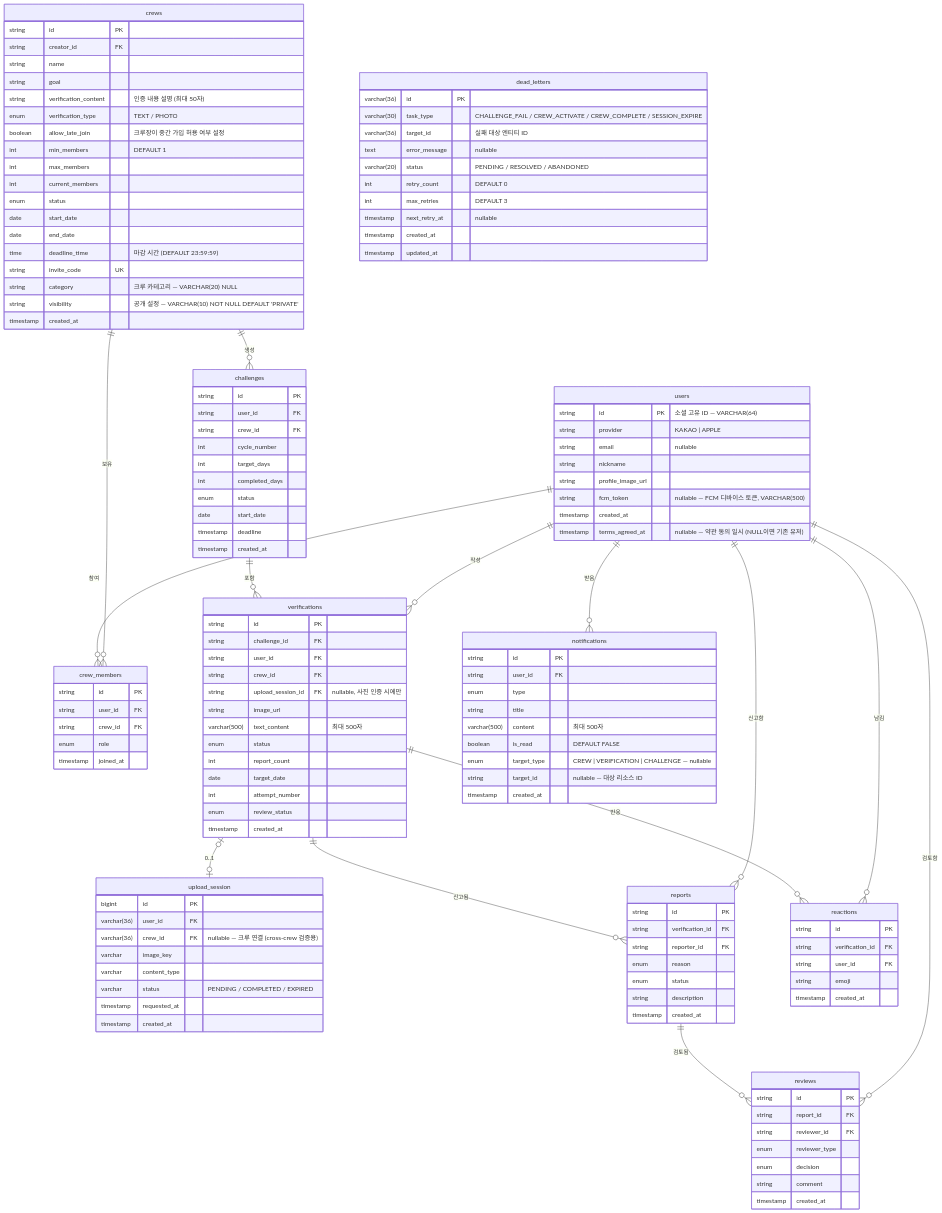
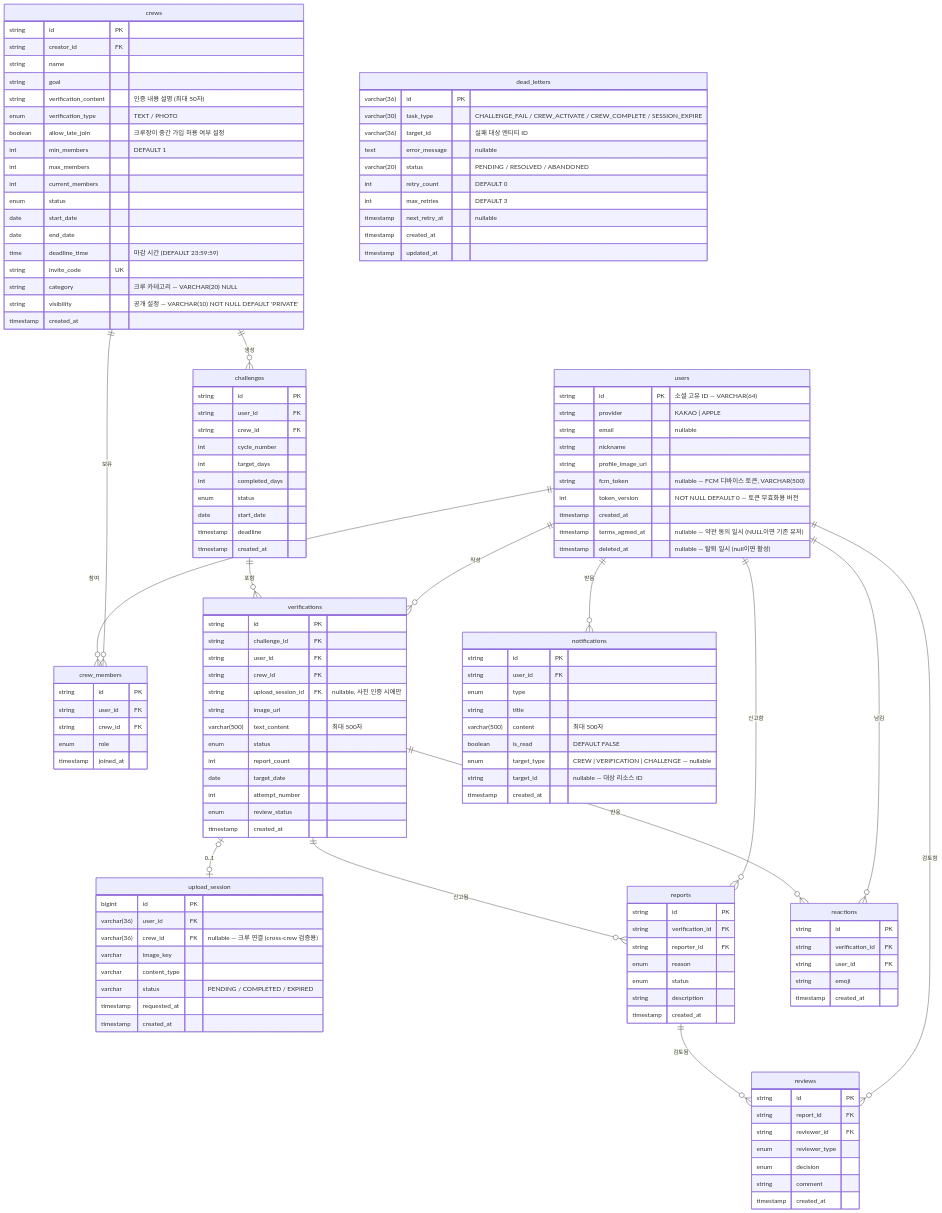
One commit to JianYang98/TriAgain changed the diagram in docs/spec/schema.md. Above: the diagram before and after it, drawn with Mermaid. The commit also changed 61 other files, not shown here.

Commit message:
feat: 회원탈퇴 + todayVerified + 챌린지 알림 구현 - P0-1: 회원탈퇴 API (DELETE /users/me), soft-delete + token_version 무효화 - P1-2: GET /crews 응답에 todayVerified 필드 추가 (배치 쿼리로 N+1 방지) - P1-4: 챌린지 SUCCESS/FAILED 시 인앱 알림 + FCM 발송

```diff
--- a/docs/spec/schema.md
+++ b/docs/spec/schema.md
@@ -32,8 +32,10 @@
         string nickname
         string profile_image_url
         string fcm_token "nullable — FCM 디바이스 토큰, VARCHAR(500)"
+        int token_version "NOT NULL DEFAULT 0 — 토큰 무효화용 버전"
         timestamp created_at
         timestamp terms_agreed_at "nullable — 약관 동의 일시 (NULL이면 기존 유저)"
+        timestamp deleted_at "nullable — 탈퇴 일시 (null이면 활성)"
     }
     
     crews {
```
